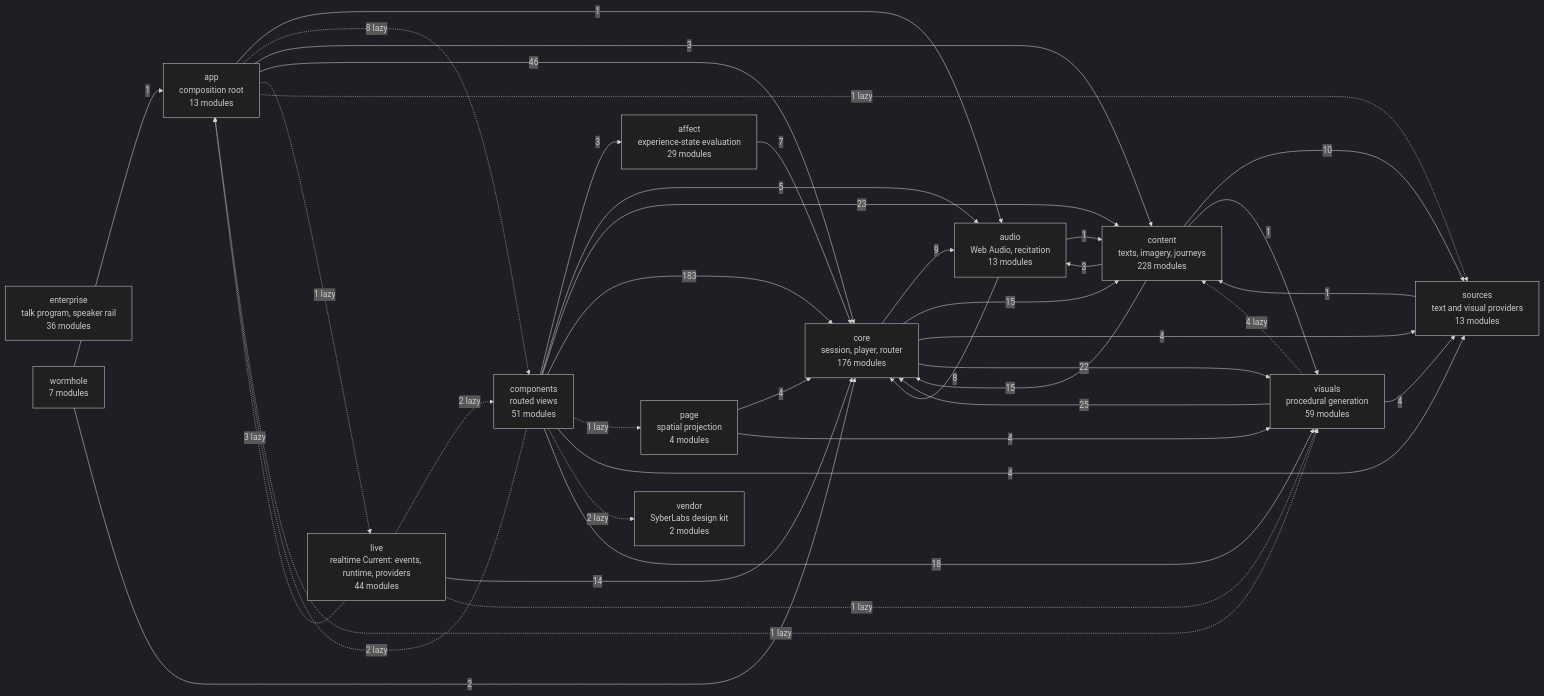
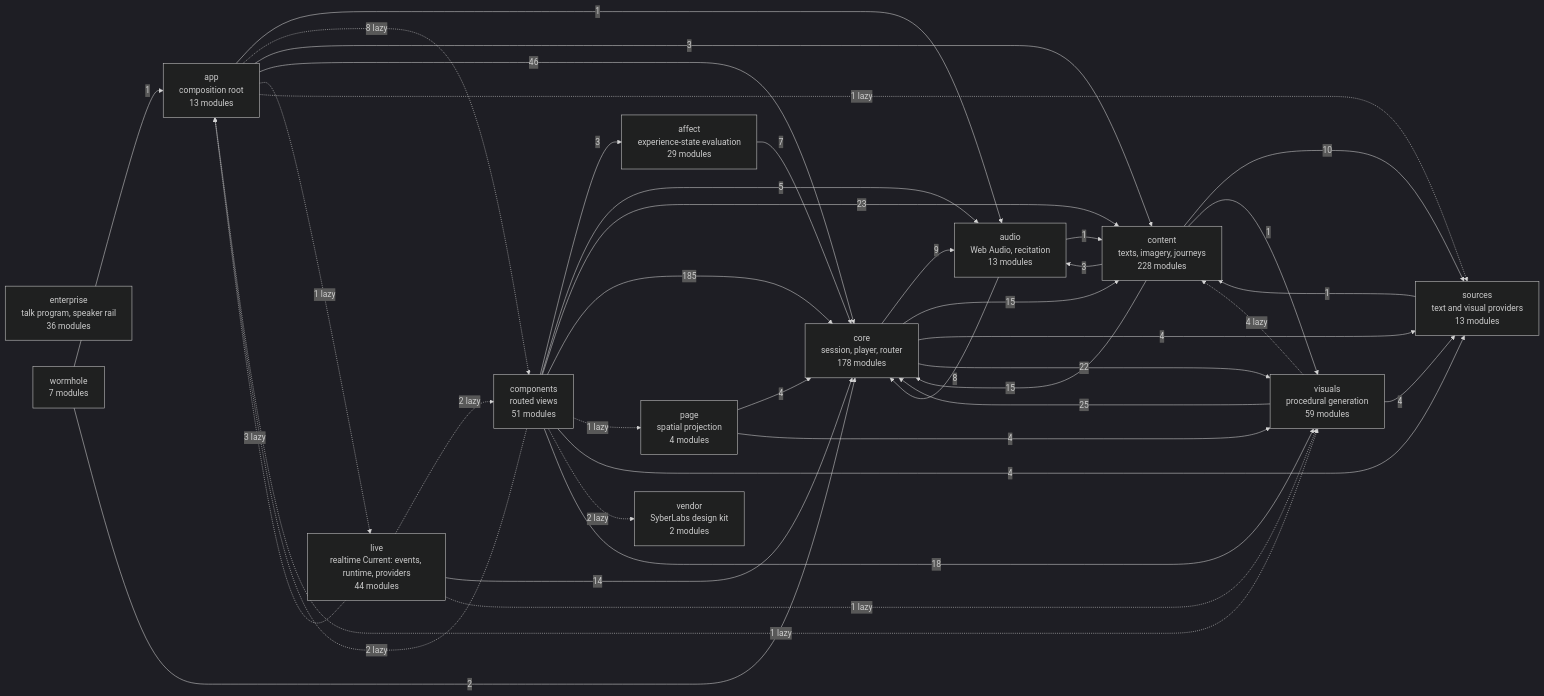
The diagram in docs/specs/ARCHITECTURE.md (SyberLabs/RISE), drawn with Mermaid (dark theme) before and after one commit.

Commit message:
Regenerate the architecture diagram

````diff
--- a/docs/specs/ARCHITECTURE.md
+++ b/docs/specs/ARCHITECTURE.md
@@ -154,56 +154,56 @@
 ```mermaid
 flowchart LR
     affect["affect<br/>experience-state evaluation<br/>29 modules"]
     app["app<br/>composition root<br/>13 modules"]
     audio["audio<br/>Web Audio, recitation<br/>13 modules"]
     components["components<br/>routed views<br/>51 modules"]
     content["content<br/>texts, imagery, journeys<br/>228 modules"]
-    core["core<br/>session, player, router<br/>176 modules"]
+    core["core<br/>session, player, router<br/>178 modules"]
     enterprise["enterprise<br/>talk program, speaker rail<br/>36 modules"]
     live["live<br/>realtime Current: events, runtime, providers<br/>44 modules"]
     page["page<br/>spatial projection<br/>4 modules"]
     sources["sources<br/>text and visual providers<br/>13 modules"]
     vendor["vendor<br/>SyberLabs design kit<br/>2 modules"]
     visuals["visuals<br/>procedural generation<br/>59 modules"]
     wormhole["wormhole<br/>7 modules"]
 
     affect --> |7| core
     app --> |1| audio
     app -.-> |8 lazy| components
     app --> |3| content
     app --> |46| core
     app -.-> |1 lazy| live
     app -.-> |1 lazy| sources
     app -.-> |1 lazy| visuals
     audio --> |1| content
     audio --> |8| core
     components --> |3| affect
     components -.-> |2 lazy| app
     components --> |5| audio
     components --> |23| content
-    components --> |183| core
+    components --> |185| core
     components -.-> |1 lazy| page
     components --> |4| sources
     components -.-> |2 lazy| vendor
     components --> |18| visuals
     content --> |3| audio
     content --> |15| core
     content --> |10| sources
     content --> |1| visuals
     core --> |9| audio
     core --> |15| content
     core --> |4| sources
     core --> |22| visuals
     live -.-> |3 lazy| app
     live -.-> |2 lazy| components
     live --> |14| core
     live -.-> |1 lazy| visuals
     page --> |4| core
     page --> |4| visuals
     sources --> |1| content
     visuals -.-> |4 lazy| content
     visuals --> |25| core
     visuals --> |4| sources
     wormhole --> |1| app
     wormhole --> |2| core
 ```
````
